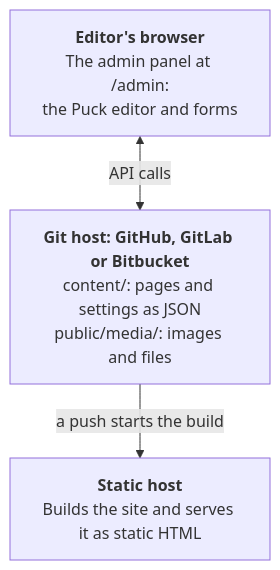
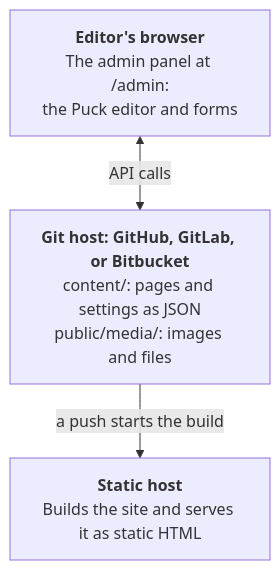
One commit to goodfellow-cms/goodfellow-cms changed the diagram in README.md. Above: the diagram before and after it, drawn with Mermaid. The commit also changed other lines of this file and 429 other files, not shown here.

````diff
--- a/README.md
+++ b/README.md
@@ -16,8 +16,8 @@
 ```mermaid
 flowchart TB
   editor["<b>Editor's browser</b><br>The admin panel at /admin:<br>the Puck editor and forms"]
-  git["<b>Git host: GitHub, GitLab or Bitbucket</b><br>content/: pages and settings as JSON<br>public/media/: images and files"]
+  git["<b>Git host: GitHub, GitLab, or Bitbucket</b><br>content/: pages and settings as JSON<br>public/media/: images and files"]
   site["<b>Static host</b><br>Builds the site and serves it as static HTML"]
   editor <-->|API calls| git
   git -->|a push starts the build| site
 ```
````
